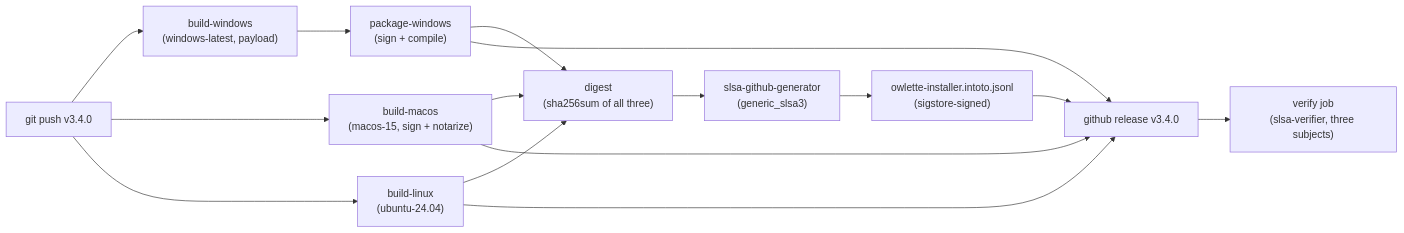
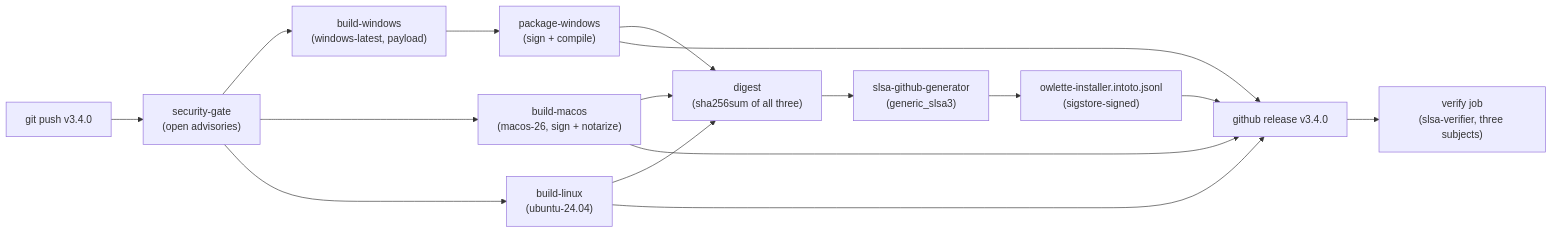
Before and after one commit to tridant-io/owlette: the diagram in docs/internal/slsa-build-l3.md, drawn with Mermaid. The commit also changed other lines of this file and 113 other files, not shown here.

````diff
--- a/docs/internal/slsa-build-l3.md
+++ b/docs/internal/slsa-build-l3.md
@@ -18,17 +18,18 @@
 ```mermaid
 flowchart LR
-    Tag["git push v3.4.0"] --> Win["build-windows\n(windows-latest, payload)"]
+    Tag["git push v3.4.0"] --> Gate["security-gate\n(open advisories)"]
+    Gate --> Win["build-windows\n(windows-latest, payload)"]
     Win --> WinPkg["package-windows\n(sign + compile)"]
-    Tag --> Mac["build-macos\n(macos-15, sign + notarize)"]
-    Tag --> Lin["build-linux\n(ubuntu-24.04)"]
+    Gate --> Mac["build-macos\n(macos-26, sign + notarize)"]
+    Gate --> Lin["build-linux\n(ubuntu-24.04)"]
     WinPkg --> Digest["digest\n(sha256sum of all three)"]
     Mac --> Digest
     Lin --> Digest
     Digest --> Gen["slsa-github-generator\n(generic_slsa3)"]
     Gen --> Provenance["owlette-installer.intoto.jsonl\n(sigstore-signed)"]
     WinPkg --> Release["github release v3.4.0"]
     Mac --> Release
     Lin --> Release
     Provenance --> Release
     Release --> Verify["verify job\n(slsa-verifier, three subjects)"]
 ```
````
